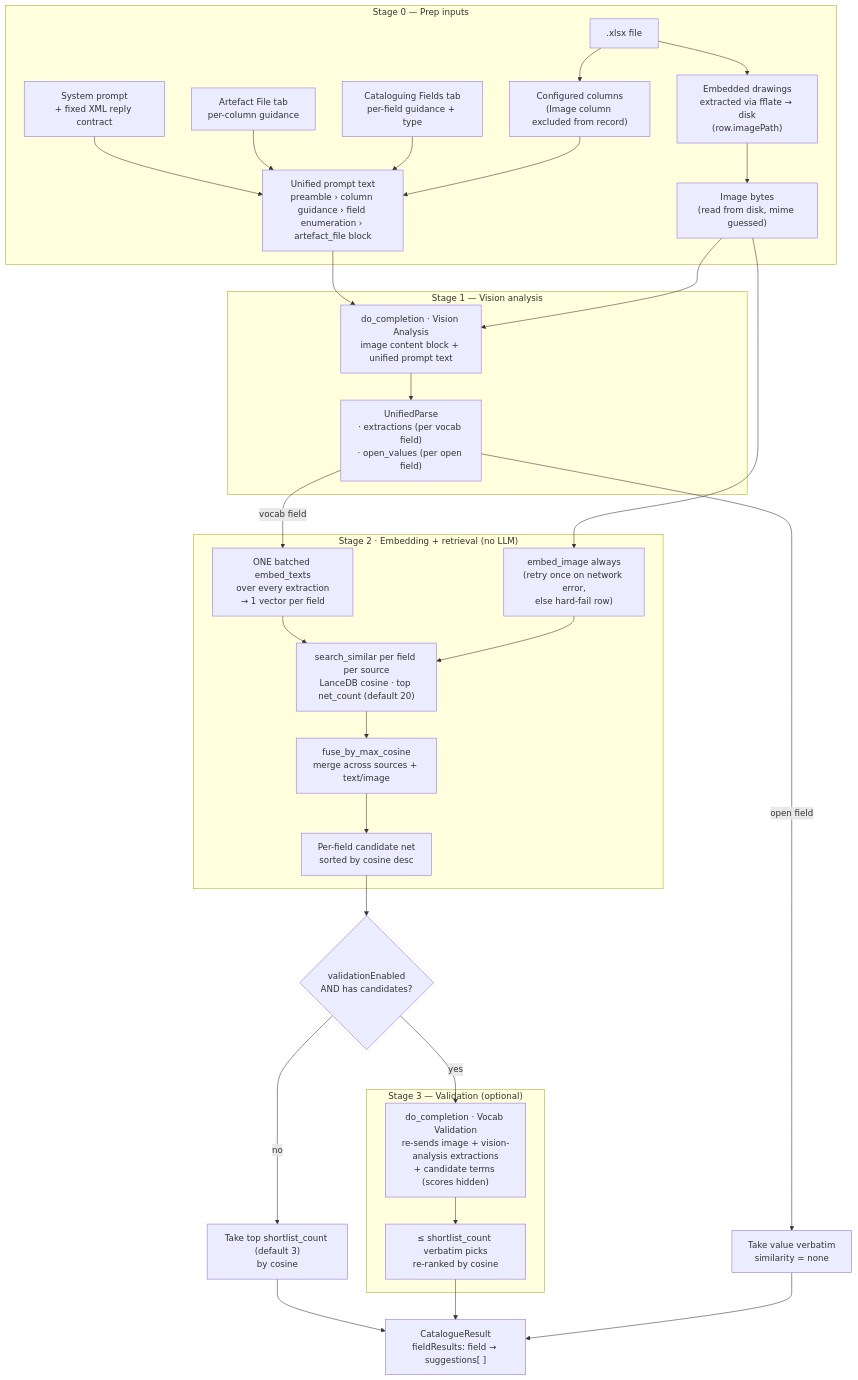
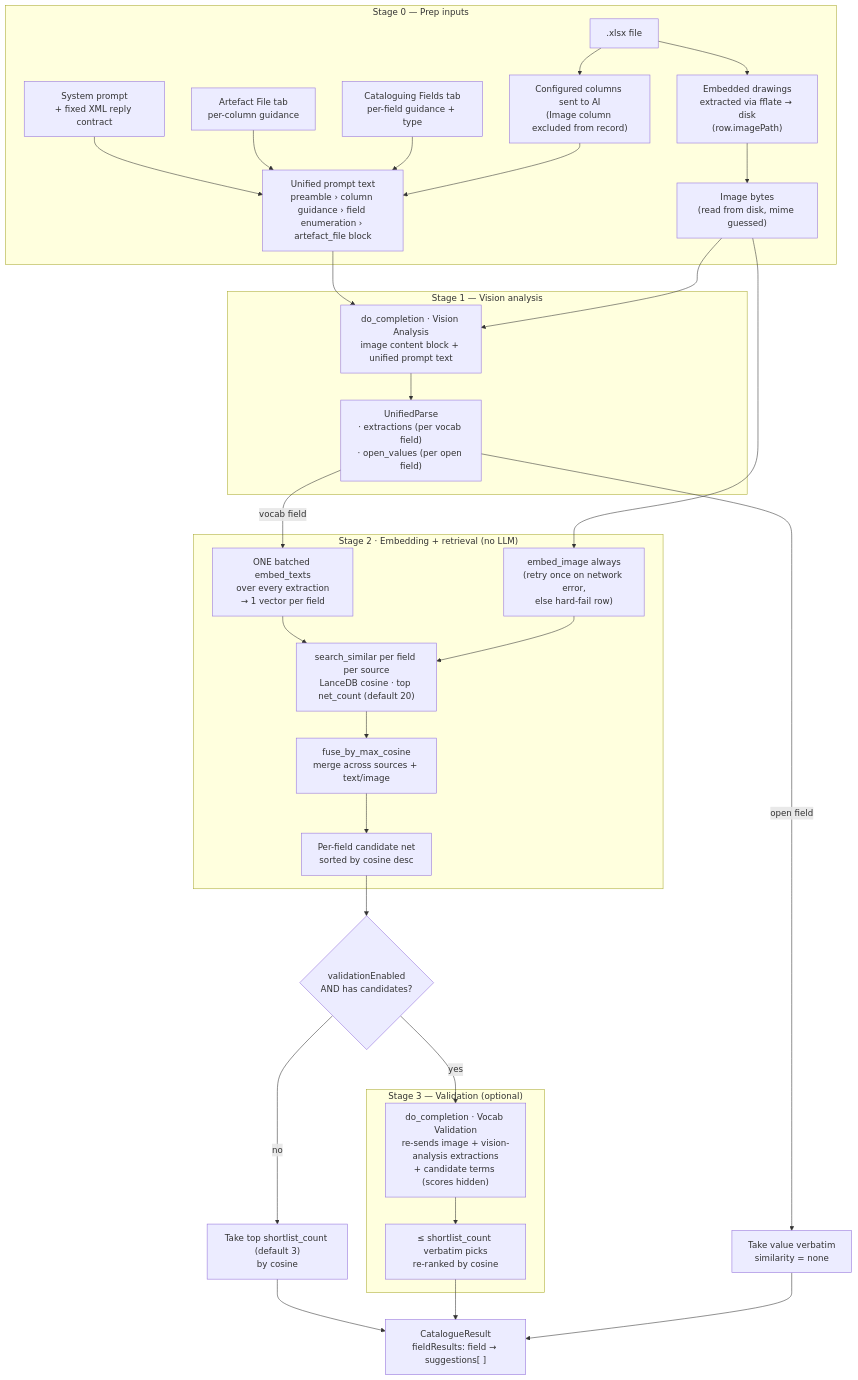
Before and after one commit to reverie89/artefact-cataloguer: the second of 2 diagrams in README.md, drawn with Mermaid. The commit also changed 15 other files, not shown here.

First line of the commit message:
feat(artefact-file): gate AI payload to configured, AI-included columns

````diff
--- a/README.md
+++ b/README.md
@@ -257,49 +257,49 @@
 ```mermaid
 flowchart TD
     subgraph PREP["Stage 0 — Prep inputs"]
         XLSX[".xlsx file"]
         XLSX --> IMG["Embedded drawings<br/>extracted via fflate → disk<br/>(row.imagePath)"]
-        XLSX --> COLS["Configured columns<br/>(Image column excluded from record)"]
+        XLSX --> COLS["Configured columns sent to AI<br/>(Image column excluded from record)"]
         SP["System prompt<br/>+ fixed XML reply contract"]
         AF["Artefact File tab<br/>per-column guidance"]
         CF["Cataloguing Fields tab<br/>per-field guidance + type"]
         SP --> PROMPT
         AF --> PROMPT
         CF --> PROMPT
         COLS --> PROMPT["Unified prompt text<br/>preamble › column guidance › field enumeration › artefact_file block"]
         IMG --> IMGDATA["Image bytes<br/>(read from disk, mime guessed)"]
     end
 
     PROMPT --> VISION
     IMGDATA --> VISION
     subgraph S1["Stage 1 — Vision analysis"]
         VISION["do_completion · Vision Analysis<br/>image content block + unified prompt text"]
         VISION --> UP["UnifiedParse<br/>· extractions (per vocab field)<br/>· open_values (per open field)"]
     end
 
     UP -->|"open field"| OPENRES["Take value verbatim<br/>similarity = none"]
     UP -->|"vocab field"| EMB
 
     subgraph S2["Stage 2 · Embedding + retrieval (no LLM)"]
         EMB["ONE batched embed_texts<br/>over every extraction<br/>→ 1 vector per field"]
         IMGDATA --> IMGEMB["embed_image always<br/>(retry once on network error,<br/>else hard-fail row)"]
         EMB --> SEARCH
         IMGEMB --> SEARCH
         SEARCH["search_similar per field per source<br/>LanceDB cosine · top net_count (default 20)"]
         SEARCH --> FUSE["fuse_by_max_cosine<br/>merge across sources + text/image"]
         FUSE --> NET["Per-field candidate net<br/>sorted by cosine desc"]
     end
 
     NET --> VALDEC{"validationEnabled<br/>AND has candidates?"}
     VALDEC -->|"no"| DIRECT["Take top shortlist_count (default 3)<br/>by cosine"]
     VALDEC -->|"yes"| VALIDATE
     subgraph S3["Stage 3 — Validation (optional)"]
         VALIDATE["do_completion · Vocab Validation<br/>re-sends image + vision-analysis extractions<br/>+ candidate terms (scores hidden)"]
         VALIDATE --> PICKS["≤ shortlist_count verbatim picks<br/>re-ranked by cosine"]
     end
 
     DIRECT --> RESULT
     PICKS --> RESULT
     OPENRES --> RESULT
     RESULT["CatalogueResult<br/>fieldResults: field → suggestions[ ]"]
 ```
````
